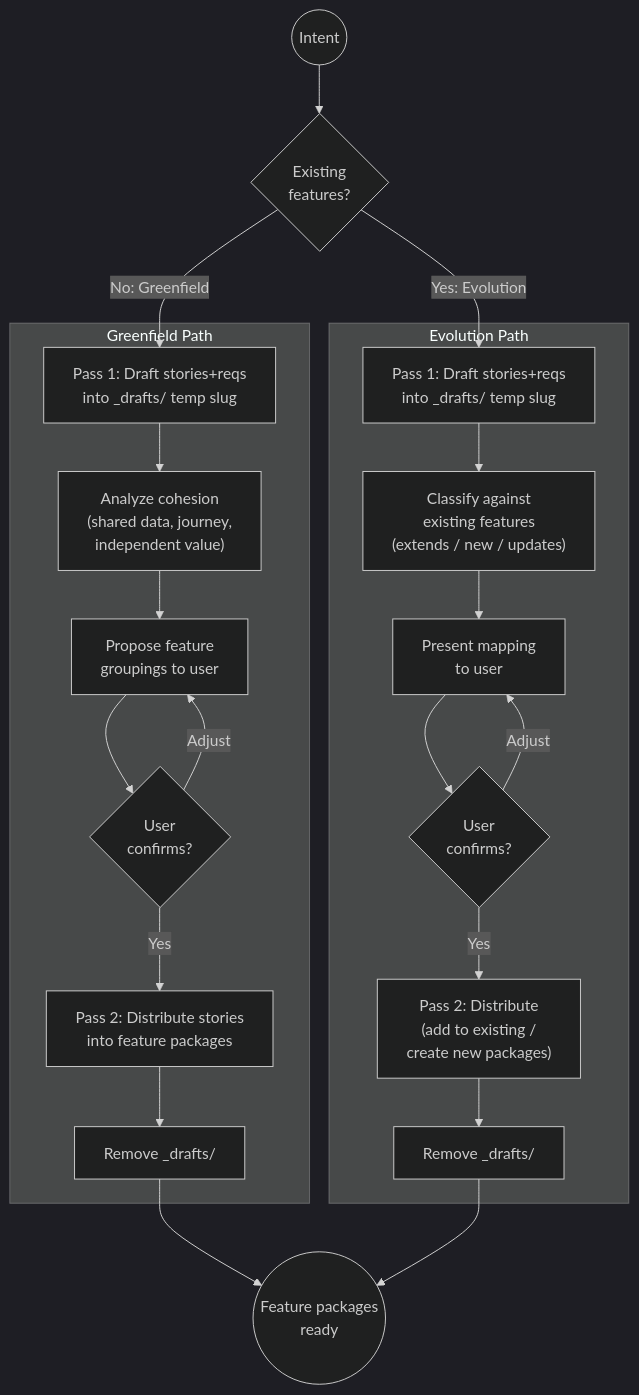
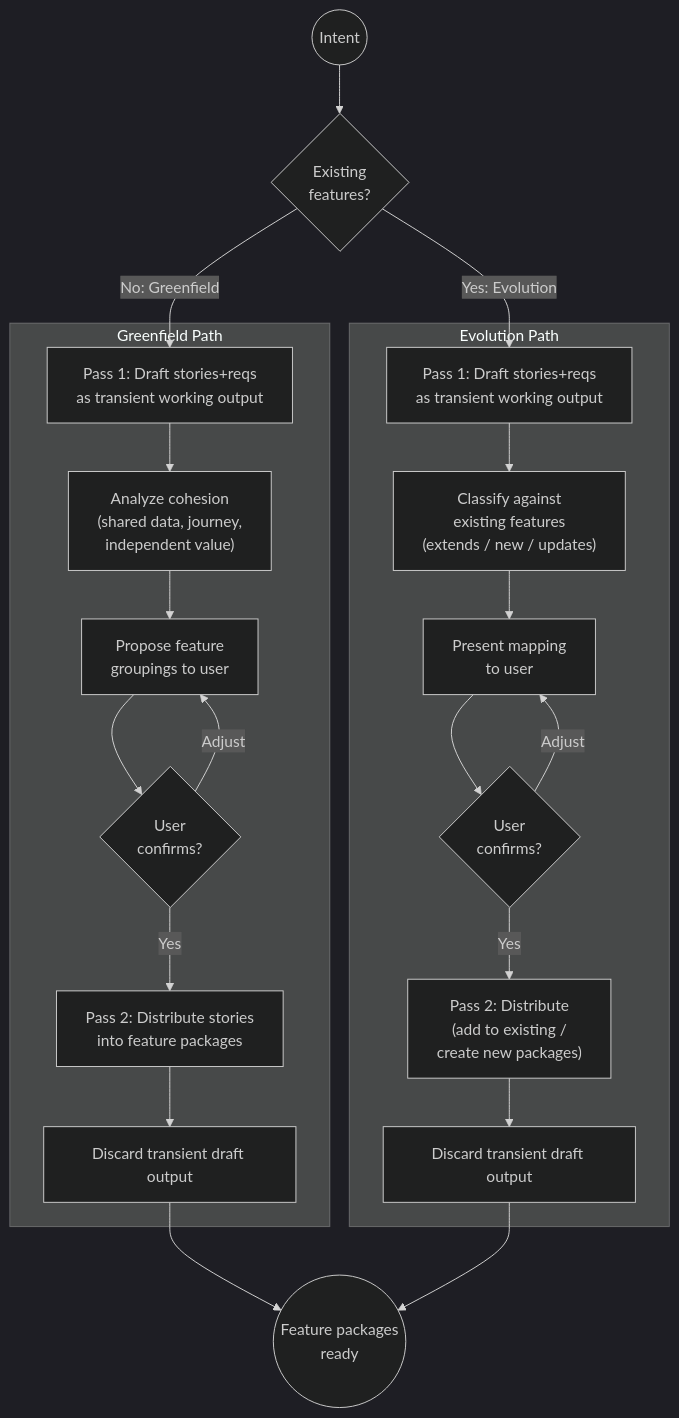
One commit to provenimpact/proven-capability changed the first of 3 diagrams in skills/proven-needs/SKILL.md. Above: the diagram before and after it, drawn with Mermaid (dark theme). The commit also changed other lines of this file and 19 other files, not shown here.

````diff
--- a/skills/proven-needs/SKILL.md
+++ b/skills/proven-needs/SKILL.md
@@ -230,42 +231,42 @@
 ```mermaid
 flowchart TD
     START((Intent)) --> CHECK{Existing<br/>features?}
 
     CHECK -->|No: Greenfield| GF_P1
     CHECK -->|Yes: Evolution| EV_P1
 
     subgraph greenfield ["Greenfield Path"]
-        GF_P1["Pass 1: Draft stories+reqs<br/>into _drafts/ temp slug"]
+        GF_P1["Pass 1: Draft stories+reqs<br/>as transient working output"]
         GF_COHESION["Analyze cohesion<br/>(shared data, journey,<br/>independent value)"]
         GF_PROPOSE["Propose feature<br/>groupings to user"]
         GF_CONFIRM{User<br/>confirms?}
         GF_P2["Pass 2: Distribute stories<br/>into feature packages"]
-        GF_CLEANUP["Remove _drafts/"]
+        GF_CLEANUP["Discard transient draft output"]
 
         GF_P1 --> GF_COHESION
         GF_COHESION --> GF_PROPOSE
         GF_PROPOSE --> GF_CONFIRM
         GF_CONFIRM -->|Yes| GF_P2
         GF_CONFIRM -->|Adjust| GF_PROPOSE
         GF_P2 --> GF_CLEANUP
     end
 
     subgraph evolution ["Evolution Path"]
-        EV_P1["Pass 1: Draft stories+reqs<br/>into _drafts/ temp slug"]
+        EV_P1["Pass 1: Draft stories+reqs<br/>as transient working output"]
         EV_CLASSIFY["Classify against<br/>existing features<br/>(extends / new / updates)"]
         EV_PROPOSE["Present mapping<br/>to user"]
         EV_CONFIRM{User<br/>confirms?}
         EV_P2["Pass 2: Distribute<br/>(add to existing /<br/>create new packages)"]
-        EV_CLEANUP["Remove _drafts/"]
+        EV_CLEANUP["Discard transient draft output"]
 
         EV_P1 --> EV_CLASSIFY
         EV_CLASSIFY --> EV_PROPOSE
         EV_PROPOSE --> EV_CONFIRM
         EV_CONFIRM -->|Yes| EV_P2
         EV_CONFIRM -->|Adjust| EV_PROPOSE
         EV_P2 --> EV_CLEANUP
     end
 
     GF_CLEANUP --> DONE((Feature packages<br/>ready))
     EV_CLEANUP --> DONE
 ```
````
